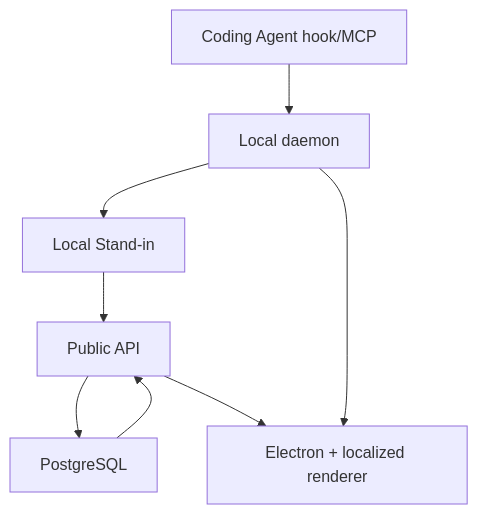
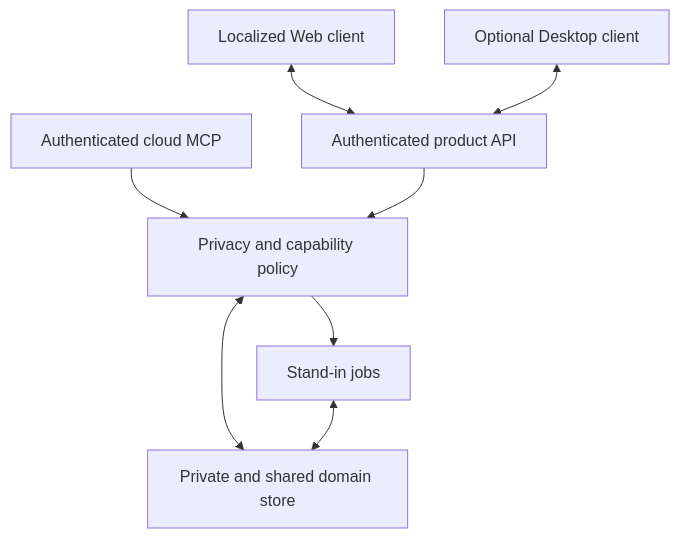
One commit to WatsonHS/intero changed the diagram in docs/plans/2026-07-25-001-feat-data-driven-localized-ui-plan.md. Above: the diagram before and after it, drawn with Mermaid. The commit also changed other lines of this file and 13 other files, not shown here.

````diff
--- a/docs/plans/2026-07-25-001-feat-data-driven-localized-ui-plan.md
+++ b/docs/plans/2026-07-25-001-feat-data-driven-localized-ui-plan.md
@@ -675,17 +215,18 @@
 ```mermaid
 flowchart TB
-    Hook["Coding Agent hook/MCP"]
-    Daemon["Local daemon"]
-    Sidecar["Local Stand-in"]
-    API["Public API"]
-    Database["PostgreSQL"]
-    Desktop["Electron + localized renderer"]
+    Web["Localized Web client"]
+    Desktop["Optional Desktop client"]
+    API["Authenticated product API"]
+    MCP["Authenticated cloud MCP"]
+    Policy["Privacy and capability policy"]
+    Store["Private and shared domain store"]
+    Jobs["Stand-in jobs"]
 
-    Hook --> Daemon
-    Daemon --> Sidecar
-    Sidecar --> API
-    API --> Database
-    Database --> API
-    API --> Desktop
-    Daemon --> Desktop
+    Web <--> API
+    Desktop <--> API
+    MCP --> Policy
+    API --> Policy
+    Policy <--> Store
+    Policy --> Jobs
+    Jobs <--> Store
 ```
````
